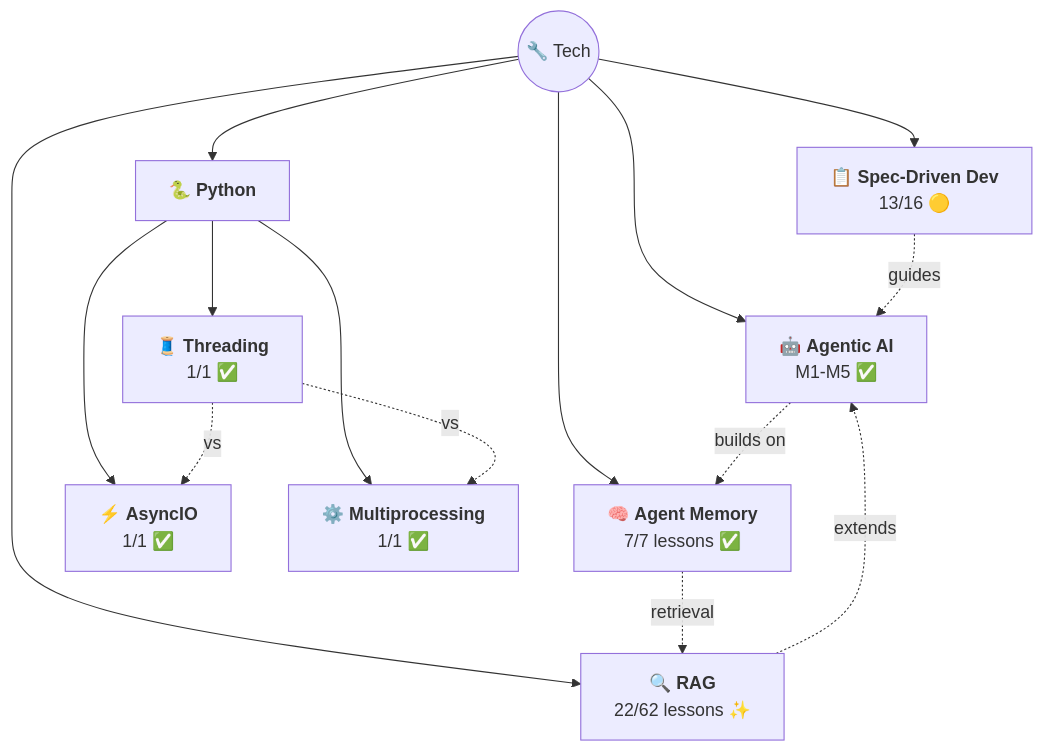
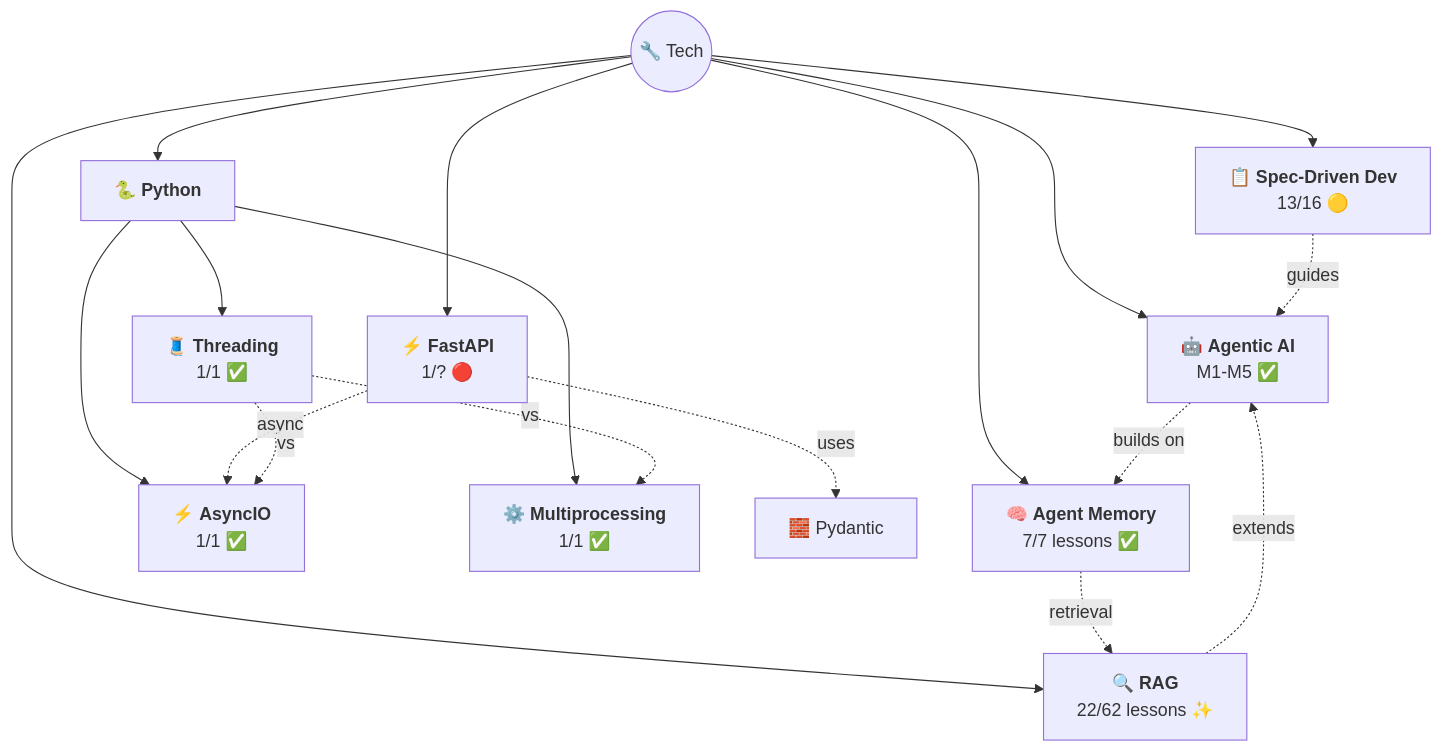
One commit to AyushSonuu/my-memory changed the diagram in tech/README.md. Above: the diagram before and after it, drawn with Mermaid. The commit also changed other lines of this file and 4 other files, not shown here.

Commit message:
🆕 new: FastAPI L01 — Python Types Intro (simple, generic, union, Pydantic, Annotated)

````diff
--- a/tech/README.md
+++ b/tech/README.md
@@ -163,18 +191,21 @@
 ```mermaid
 graph TB
     T(("🔧 Tech"))
     T --> AG["🤖 <b>Agentic AI</b><br/>M1-M5 ✅"]
     T --> AM["🧠 <b>Agent Memory</b><br/>7/7 lessons ✅"]
     T --> RAG["🔍 <b>RAG</b><br/>22/62 lessons ✨"]
     T --> PY["🐍 <b>Python</b>"]
     PY --> AIO["⚡ <b>AsyncIO</b><br/>1/1 ✅"]
     PY --> THR["🧵 <b>Threading</b><br/>1/1 ✅"]
     PY --> MP["⚙️ <b>Multiprocessing</b><br/>1/1 ✅"]
     AG -.->|"builds on"| AM
     AM -.->|"retrieval"| RAG
     RAG -.->|"extends"| AG
     T --> SDD["📋 <b>Spec-Driven Dev</b><br/>13/16 🟡"]
+    T --> FA["⚡ <b>FastAPI</b><br/>1/? 🔴"]
     SDD -.->|"guides"| AG
+    FA -.->|"uses"| PD["🧱 Pydantic"]
+    FA -.->|"async"| AIO
     THR -.->|"vs"| AIO
     THR -.->|"vs"| MP
 ```
````
